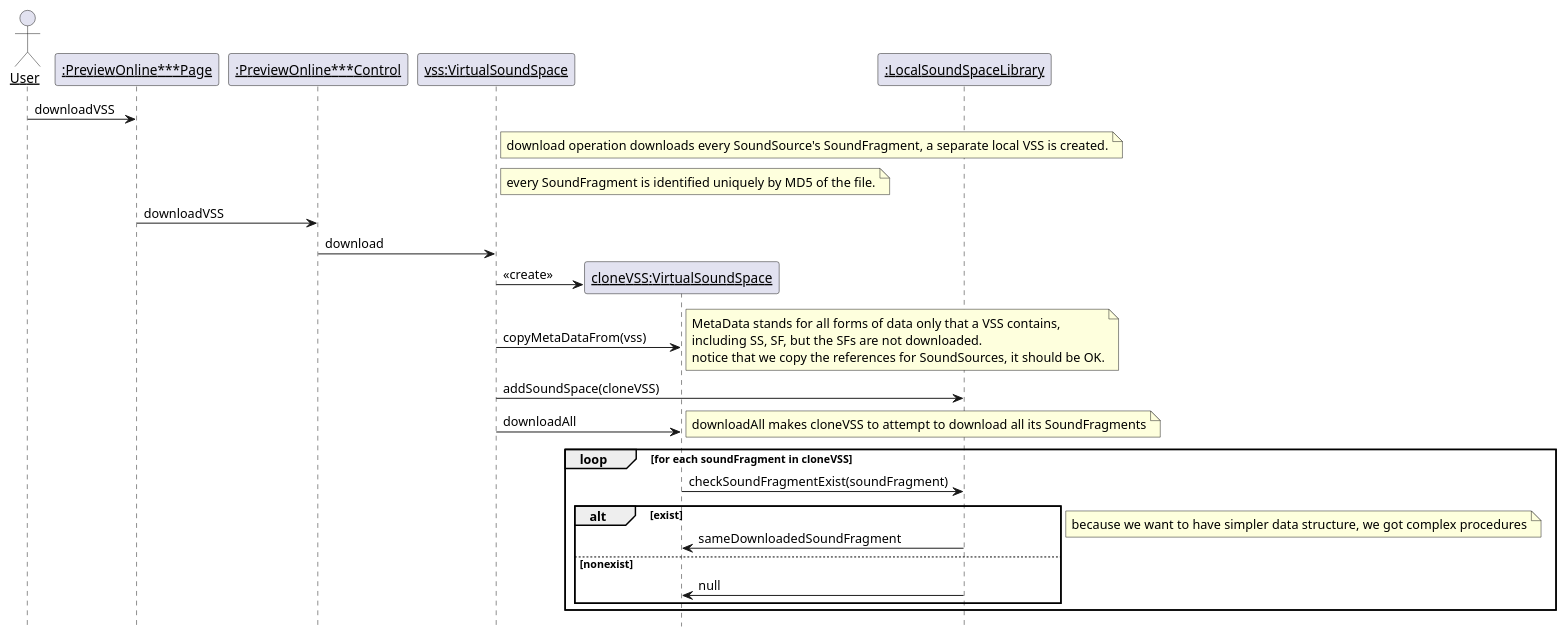
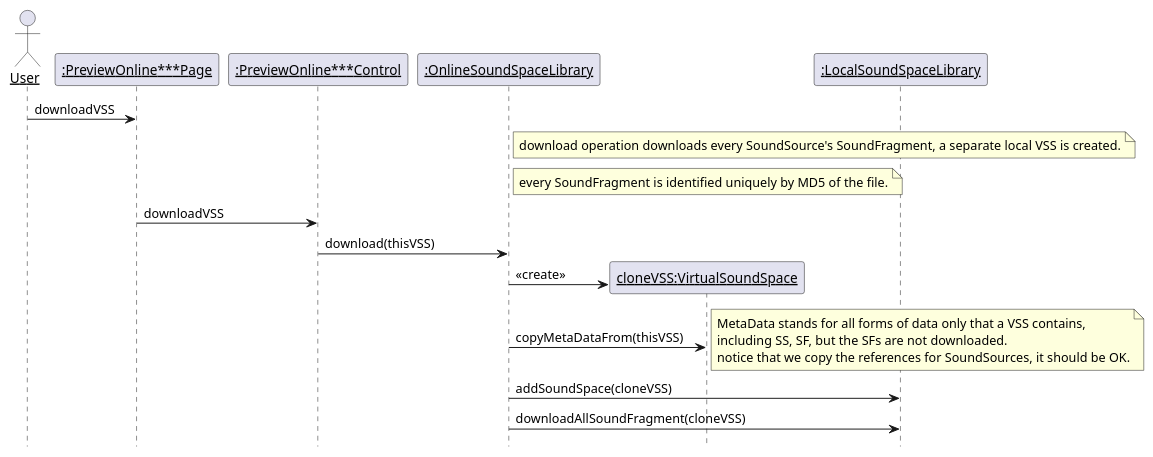
One commit to kpp19920121/doc changed diagram 11 of 21 in 需求定义和分析/SeqDiagram.md. Above: the diagram before and after it, drawn with PlantUML. The commit also changed other lines of this file and 22 other files, not shown here.

````diff
--- a/需求定义和分析/SeqDiagram.md
+++ b/需求定义和分析/SeqDiagram.md
@@ -464,44 +530,31 @@
 ```PlantUML
 @startuml DownloadVSS
 hide footbox
 skinparam sequenceParticipant underline
 actor User as user
 participant ":PreviewOnline***Page" as page
 participant ":PreviewOnline***Control" as control
-participant "vss:VirtualSoundSpace" as vss
+participant ":OnlineSoundSpaceLibrary" as onlinelib
 participant "cloneVSS:VirtualSoundSpace" as clone
 participant ":LocalSoundSpaceLibrary" as library
 user -> page: downloadVSS
-note right of vss: download operation downloads every SoundSource's SoundFragment, a separate local VSS is created.
-note right of vss: every SoundFragment is identified uniquely by MD5 of the file.
+note right of onlinelib: download operation downloads every SoundSource's SoundFragment, a separate local VSS is created.
+note right of onlinelib: every SoundFragment is identified uniquely by MD5 of the file.
 page -> control: downloadVSS
-control -> vss: download
+control -> onlinelib: download(thisVSS)
 create clone
-vss -> clone: <<create>>
-vss -> clone: copyMetaDataFrom(vss)
+onlinelib -> clone: <<create>>
+onlinelib -> clone: copyMetaDataFrom(thisVSS)
 note right
 MetaData stands for all forms of data only that a VSS contains,
 including SS, SF, but the SFs are not downloaded.
 notice that we copy the references for SoundSources, it should be OK.
 end note
-vss -> library: addSoundSpace(cloneVSS)
-vss -> clone: downloadAll
-note right
-downloadAll makes cloneVSS to attempt to download all its SoundFragments
-end note
-loop for each soundFragment in cloneVSS
-    clone -> library: checkSoundFragmentExist(soundFragment)
-    alt exist
-        library -> clone: sameDownloadedSoundFragment
-    else nonexist
-        library -> clone: null
-    end
-    note right
-        because we want to have simpler data structure, we got complex procedures
-    end note
-end
+onlinelib -> library: addSoundSpace(cloneVSS)
+onlinelib -> library: downloadAllSoundFragment(cloneVSS)
+
 
 
 
 @enduml
 ```
````
